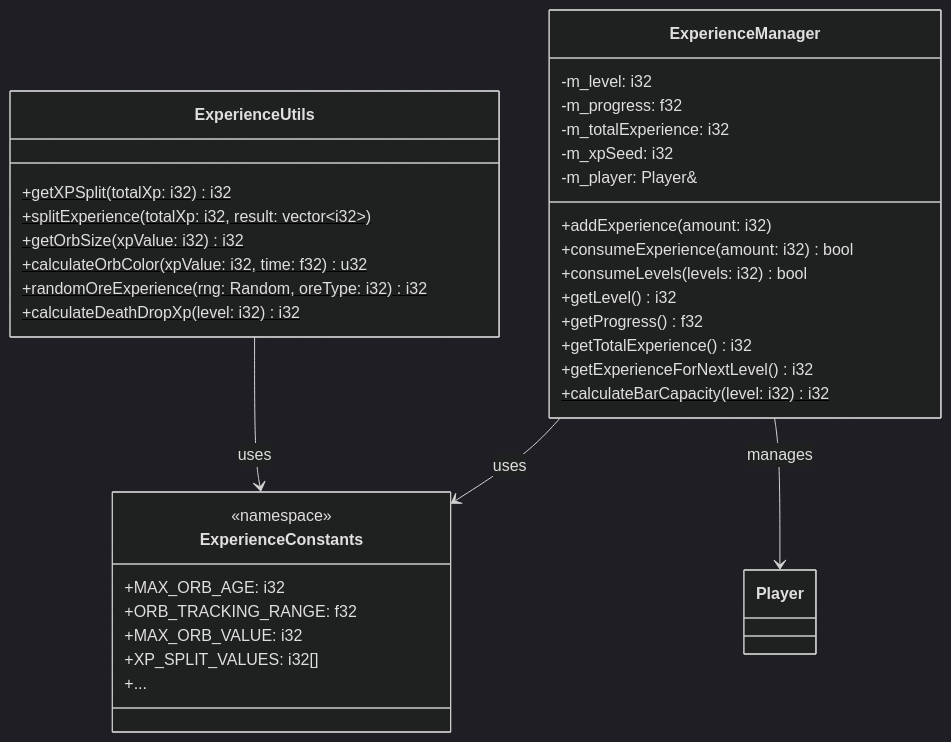
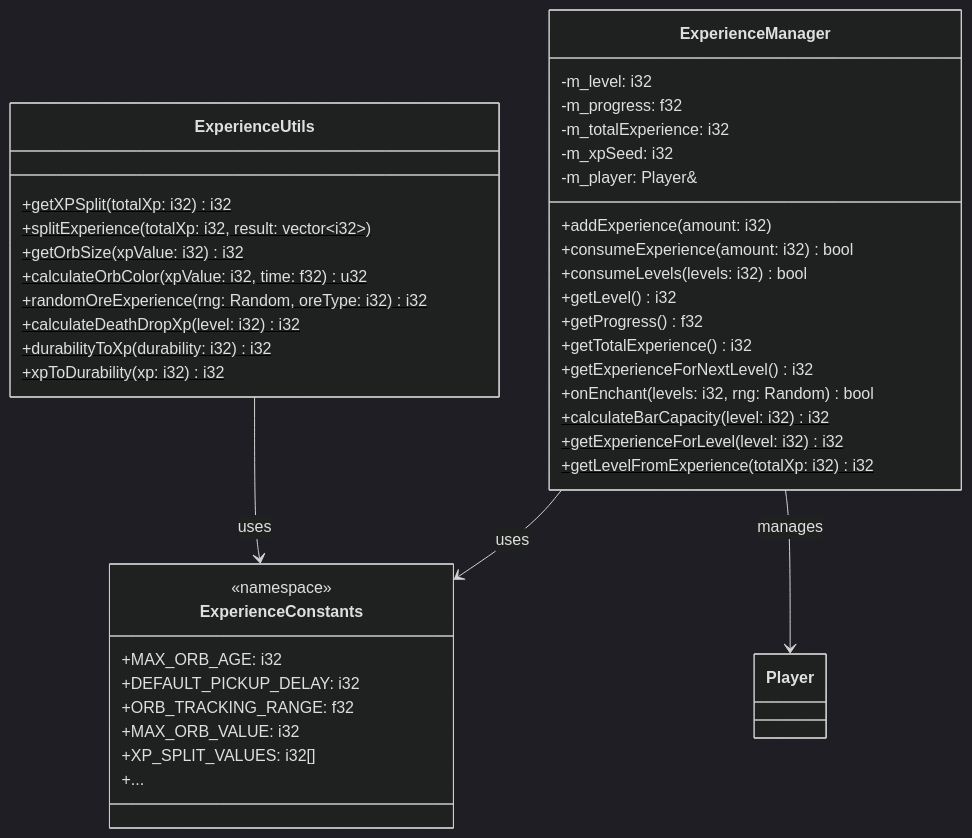
One commit to g122622/Cubium changed the diagram in src/common/entity/experience/README.md. Above: the diagram before and after it, drawn with Mermaid (dark theme). The commit also changed other lines of this file and 1 other file, not shown here.

First line of the commit message:
docs(experience): 更新经验系统文档对齐 MC 1.16.5

````diff
--- a/src/common/entity/experience/README.md
+++ b/src/common/entity/experience/README.md
@@ -134,40 +158,46 @@
 ```mermaid
 classDiagram
     class ExperienceManager {
         -m_level: i32
         -m_progress: f32
         -m_totalExperience: i32
         -m_xpSeed: i32
         -m_player: Player&
         +addExperience(amount: i32)
         +consumeExperience(amount: i32) bool
         +consumeLevels(levels: i32) bool
         +getLevel() i32
         +getProgress() f32
         +getTotalExperience() i32
         +getExperienceForNextLevel() i32
+        +onEnchant(levels: i32, rng: Random) bool
         +calculateBarCapacity(level: i32)$ i32
+        +getExperienceForLevel(level: i32)$ i32
+        +getLevelFromExperience(totalXp: i32)$ i32
     }
 
     class ExperienceUtils {
         +getXPSplit(totalXp: i32)$ i32
         +splitExperience(totalXp: i32, result: vector~i32~)$
         +getOrbSize(xpValue: i32)$ i32
         +calculateOrbColor(xpValue: i32, time: f32)$ u32
         +randomOreExperience(rng: Random, oreType: i32)$ i32
         +calculateDeathDropXp(level: i32)$ i32
+        +durabilityToXp(durability: i32)$ i32
+        +xpToDurability(xp: i32)$ i32
     }
 
     class ExperienceConstants {
         <<namespace>>
         +MAX_ORB_AGE: i32
+        +DEFAULT_PICKUP_DELAY: i32
         +ORB_TRACKING_RANGE: f32
         +MAX_ORB_VALUE: i32
         +XP_SPLIT_VALUES: i32[]
         +...
     }
 
     ExperienceManager --> ExperienceConstants : uses
     ExperienceManager --> Player : manages
     ExperienceUtils --> ExperienceConstants : uses
 ```
````
